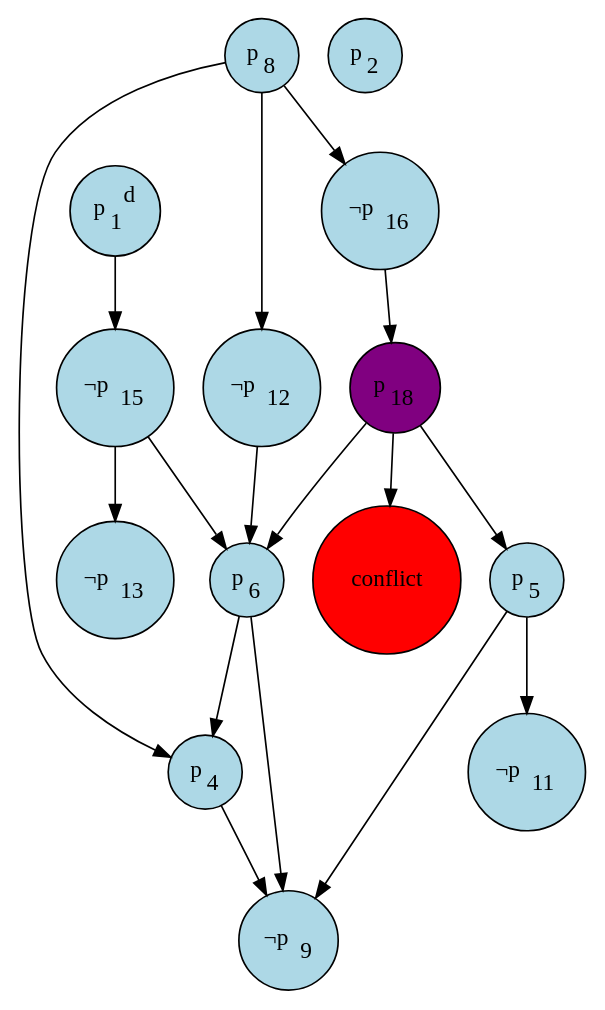
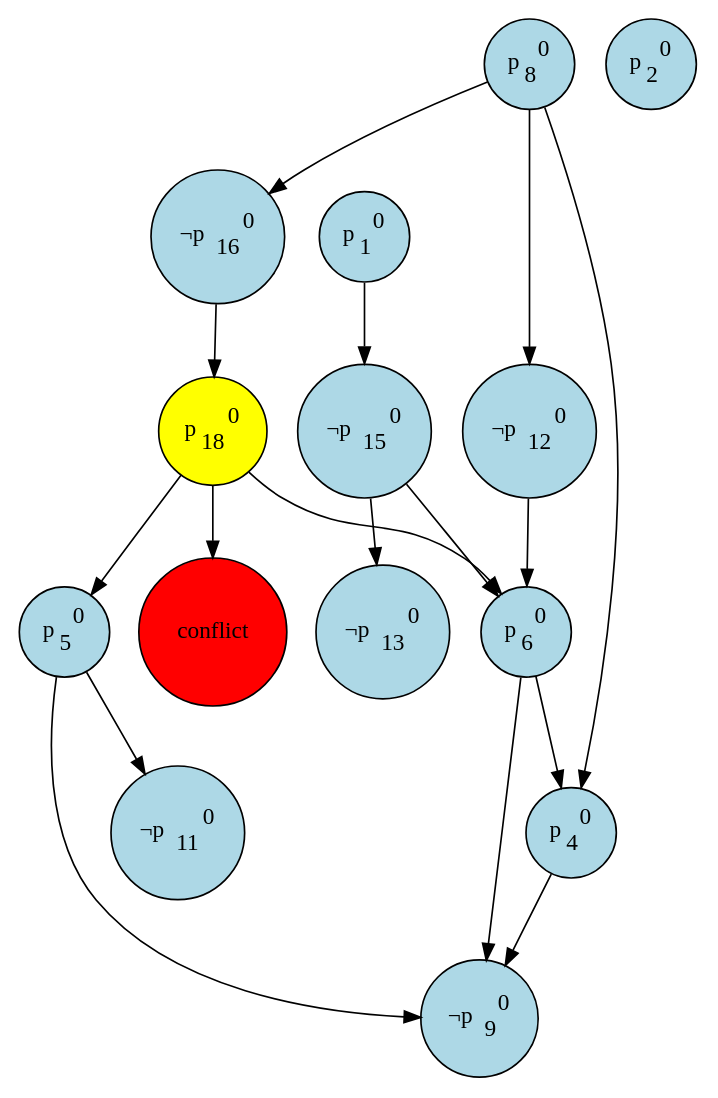
One commit to NicolasDerumigny/Project2-SAT-Solver changed the diagram in Rendu3/graph.dot. Above: the diagram before and after it, drawn with Graphviz. The commit also changed 6 other files, not shown here.

```diff
--- a/Rendu3/graph.dot
+++ b/Rendu3/graph.dot
@@ -1,49 +1,49 @@
 digraph conflict {
 node [style="filled,rounded",shape=circle,fillcolor=white];
-1 [label=<p<SUB>1</SUB><SUP>d</SUP>>,fillcolor=lightblue];
-15 [label=<¬p<SUB>15</SUB>>,fillcolor=lightblue];
-1 [label=<p<SUB>1</SUB><SUP>d</SUP>>];
+8 [label=<p<SUB>8</SUB><SUP>0</SUP>>,fillcolor=lightblue];
+16 [label=<¬p<SUB>16</SUB><SUP>0</SUP>>,fillcolor=lightblue];
+8 [label=<p<SUB>8</SUB><SUP>0</SUP>>];
+8 -> 16;
+1 [label=<p<SUB>1</SUB><SUP>0</SUP>>,fillcolor=lightblue];
+15 [label=<¬p<SUB>15</SUB><SUP>0</SUP>>,fillcolor=lightblue];
+1 [label=<p<SUB>1</SUB><SUP>0</SUP>>];
 1 -> 15;
-8 [label=<p<SUB>8</SUB>>,fillcolor=lightblue];
-16 [label=<¬p<SUB>16</SUB>>,fillcolor=lightblue];
-8 [label=<p<SUB>8</SUB>>];
-8 -> 16;
-18 [label=<p<SUB>18</SUB>>,fillcolor=lightblue];
-16 [label=<¬p<SUB>16</SUB>>];
+18 [label=<p<SUB>18</SUB><SUP>0</SUP>>,fillcolor=lightblue];
+16 [label=<¬p<SUB>16</SUB><SUP>0</SUP>>];
 16 -> 18;
-5 [label=<p<SUB>5</SUB>>,fillcolor=lightblue];
-18 [label=<p<SUB>18</SUB>>];
+5 [label=<p<SUB>5</SUB><SUP>0</SUP>>,fillcolor=lightblue];
+18 [label=<p<SUB>18</SUB><SUP>0</SUP>>];
 18 -> 5;
-12 [label=<¬p<SUB>12</SUB>>,fillcolor=lightblue];
-8 [label=<p<SUB>8</SUB>>];
+12 [label=<¬p<SUB>12</SUB><SUP>0</SUP>>,fillcolor=lightblue];
+8 [label=<p<SUB>8</SUB><SUP>0</SUP>>];
 8 -> 12;
-11 [label=<¬p<SUB>11</SUB>>,fillcolor=lightblue];
-5 [label=<p<SUB>5</SUB>>];
+11 [label=<¬p<SUB>11</SUB><SUP>0</SUP>>,fillcolor=lightblue];
+5 [label=<p<SUB>5</SUB><SUP>0</SUP>>];
 5 -> 11;
-13 [label=<¬p<SUB>13</SUB>>,fillcolor=lightblue];
-15 [label=<¬p<SUB>15</SUB>>];
+13 [label=<¬p<SUB>13</SUB><SUP>0</SUP>>,fillcolor=lightblue];
+15 [label=<¬p<SUB>15</SUB><SUP>0</SUP>>];
 15 -> 13;
-2 [label=<p<SUB>2</SUB>>,fillcolor=lightblue];
-6 [label=<p<SUB>6</SUB>>,fillcolor=lightblue];
-15 [label=<¬p<SUB>15</SUB>>];
+2 [label=<p<SUB>2</SUB><SUP>0</SUP>>,fillcolor=lightblue];
+6 [label=<p<SUB>6</SUB><SUP>0</SUP>>,fillcolor=lightblue];
+15 [label=<¬p<SUB>15</SUB><SUP>0</SUP>>];
 15 -> 6;
-12 [label=<¬p<SUB>12</SUB>>];
+12 [label=<¬p<SUB>12</SUB><SUP>0</SUP>>];
 12 -> 6;
-18 [label=<p<SUB>18</SUB>>];
+18 [label=<p<SUB>18</SUB><SUP>0</SUP>>];
 18 -> 6;
-4 [label=<p<SUB>4</SUB>>,fillcolor=lightblue];
-6 [label=<p<SUB>6</SUB>>];
+4 [label=<p<SUB>4</SUB><SUP>0</SUP>>,fillcolor=lightblue];
+6 [label=<p<SUB>6</SUB><SUP>0</SUP>>];
 6 -> 4;
-8 [label=<p<SUB>8</SUB>>];
+8 [label=<p<SUB>8</SUB><SUP>0</SUP>>];
 8 -> 4;
-9 [label=<¬p<SUB>9</SUB>>,fillcolor=lightblue];
-5 [label=<p<SUB>5</SUB>>];
+9 [label=<¬p<SUB>9</SUB><SUP>0</SUP>>,fillcolor=lightblue];
+5 [label=<p<SUB>5</SUB><SUP>0</SUP>>];
 5 -> 9;
-4 [label=<p<SUB>4</SUB>>];
+4 [label=<p<SUB>4</SUB><SUP>0</SUP>>];
 4 -> 9;
-6 [label=<p<SUB>6</SUB>>];
+6 [label=<p<SUB>6</SUB><SUP>0</SUP>>];
 6 -> 9;
-18 [fillcolor=purple];
+18 [fillcolor=yellow];
 conflict [fillcolor=red];
 18 -> conflict;
 }
```
